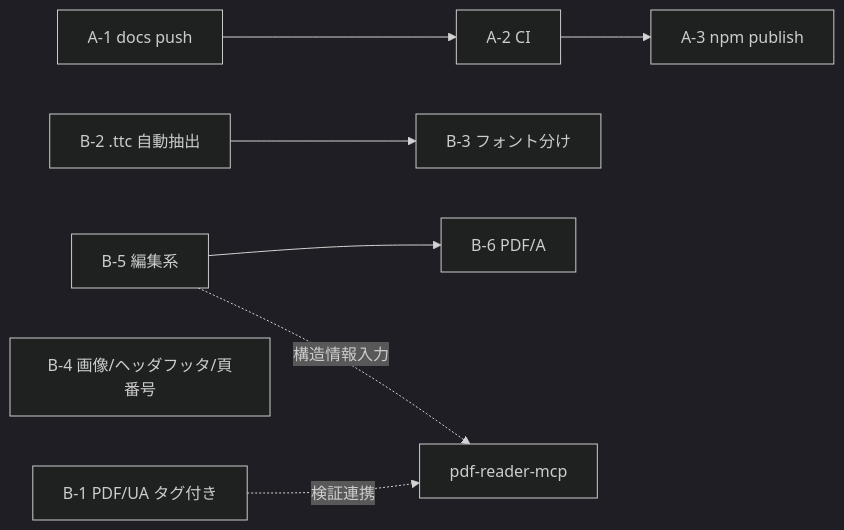
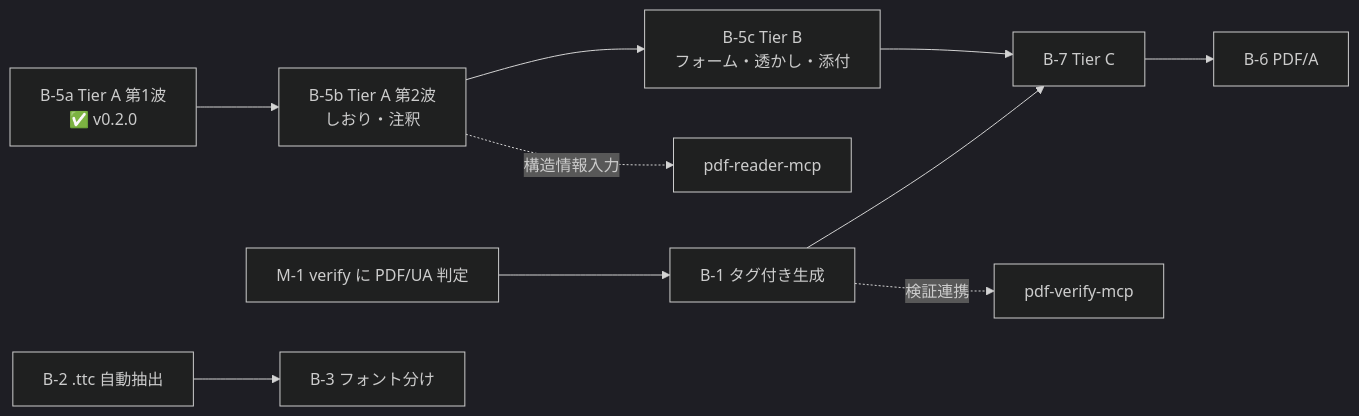
Before and after one commit to shuji-bonji/pdf-writer-mcp: the diagram in docs/TASKS.md, drawn with Mermaid (dark theme). The commit also changed other lines of this file and 5 other files, not shown here.

````diff
--- a/docs/TASKS.md
+++ b/docs/TASKS.md
@@ -52,11 +65,12 @@
 ```mermaid
 graph LR
-  A1[A-1 docs push] --> A2[A-2 CI]
-  A2 --> A3[A-3 npm publish]
-  B1[B-1 PDF/UA タグ付き]
+  B5a[B-5a Tier A 第1波<br/>✅ v0.2.0] --> B5b[B-5b Tier A 第2波<br/>しおり・注釈]
+  B5b --> B5c[B-5c Tier B<br/>フォーム・透かし・添付]
+  M1[M-1 verify に PDF/UA 判定] --> B1[B-1 タグ付き生成]
+  B5c --> B7[B-7 Tier C]
+  B1 --> B7
+  B7 --> B6[B-6 PDF/A]
   B2[B-2 .ttc 自動抽出] --> B3[B-3 フォント分け]
-  B4[B-4 画像/ヘッダフッタ/頁番号]
-  B5[B-5 編集系] --> B6[B-6 PDF/A]
-  B1 -.検証連携.-> R[pdf-reader-mcp]
-  B5 -.構造情報入力.-> R
+  B1 -.検証連携.-> V[pdf-verify-mcp]
+  B5b -.構造情報入力.-> R[pdf-reader-mcp]
 ```
````
